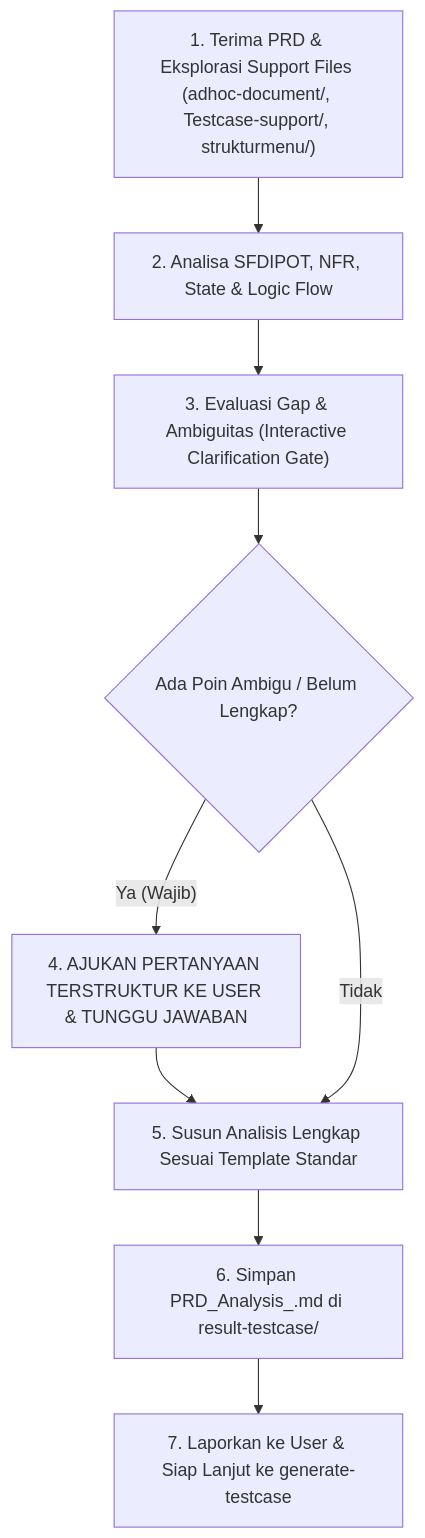
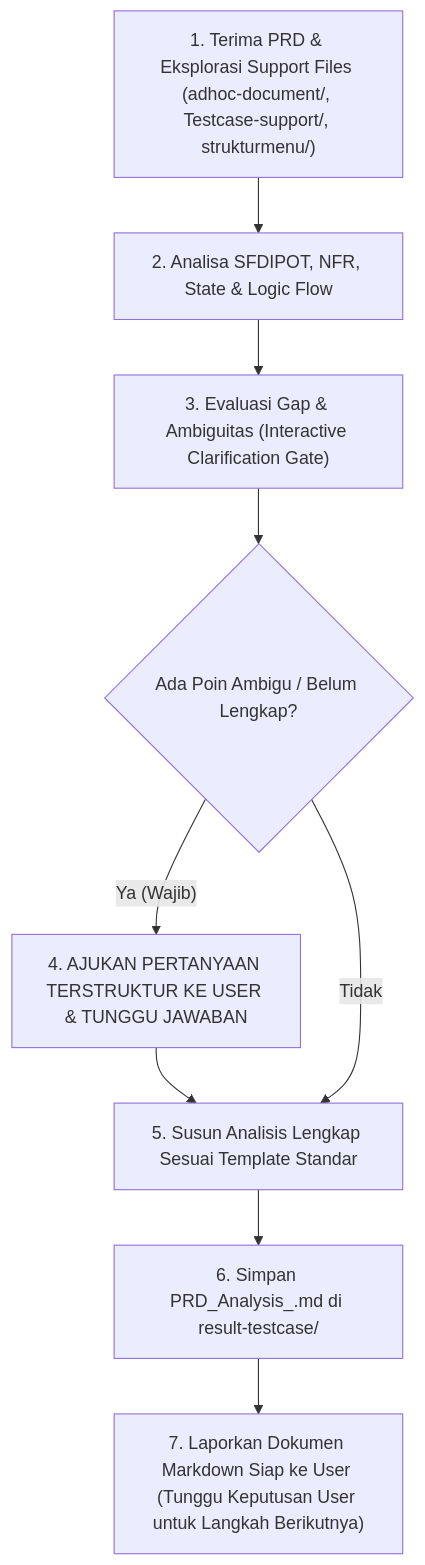
One commit to fadlyady/prdanalyzer changed the diagram in .agents/skills/prd-qa-analyzer/SKILL.md. Above: the diagram before and after it, drawn with Mermaid. The commit also changed other lines of this file, not shown here.

Commit message:
refactor(prd-qa-analyzer): isolate markdown output and enforce 6-pillar deep requirement analysis

````diff
--- a/.agents/skills/prd-qa-analyzer/SKILL.md
+++ b/.agents/skills/prd-qa-analyzer/SKILL.md
@@ -137,11 +173,11 @@
 ```mermaid
 graph TD
     A["1. Terima PRD & Eksplorasi Support Files (adhoc-document/, Testcase-support/, strukturmenu/)"] --> B["2. Analisa SFDIPOT, NFR, State & Logic Flow"]
     B --> C["3. Evaluasi Gap & Ambiguitas (Interactive Clarification Gate)"]
     C --> D{"Ada Poin Ambigu / Belum Lengkap?"}
     D -- "Ya (Wajib)" --> E["4. AJUKAN PERTANYAAN TERSTRUKTUR KE USER & TUNGGU JAWABAN"]
     E --> F["5. Susun Analisis Lengkap Sesuai Template Standar"]
     D -- "Tidak" --> F
     F --> G["6. Simpan PRD_Analysis_<Feature_Name>.md di result-testcase/"]
-    G --> H["7. Laporkan ke User & Siap Lanjut ke generate-testcase"]
+    G --> H["7. Laporkan Dokumen Markdown Siap ke User (Tunggu Keputusan User untuk Langkah Berikutnya)"]
 ```
````
